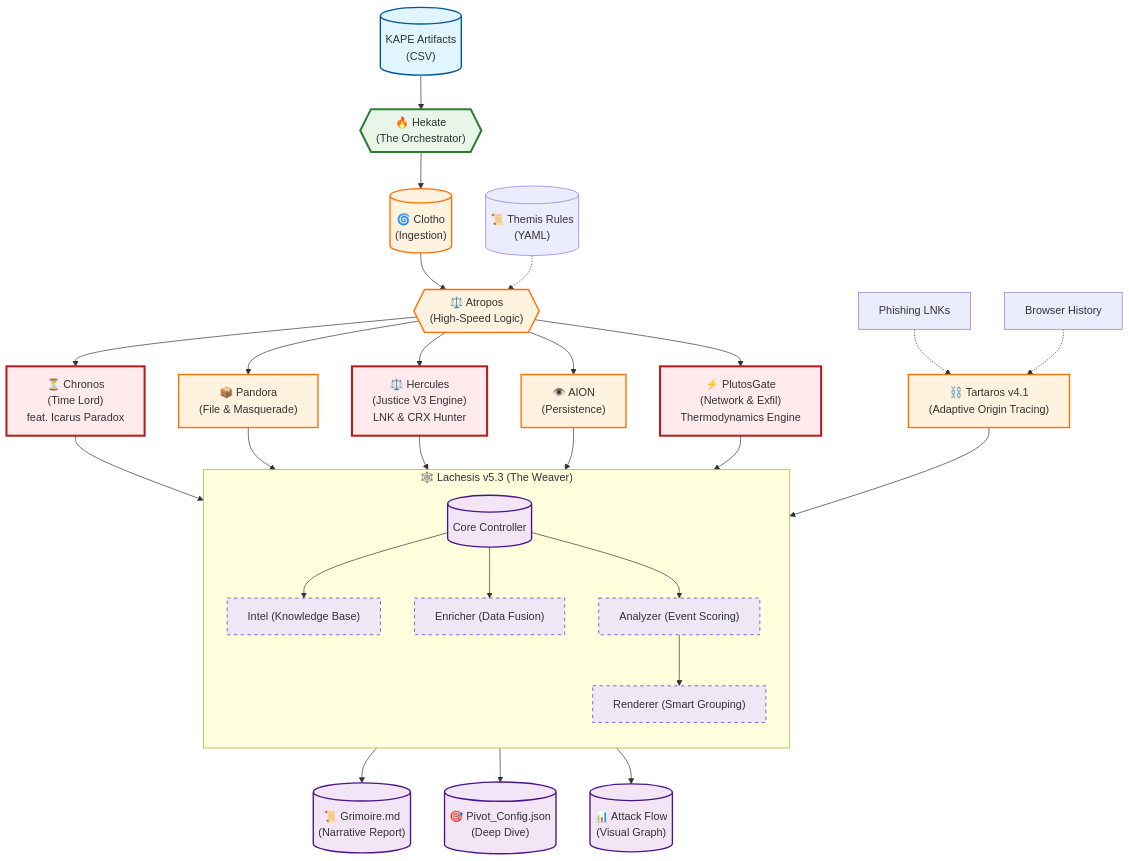
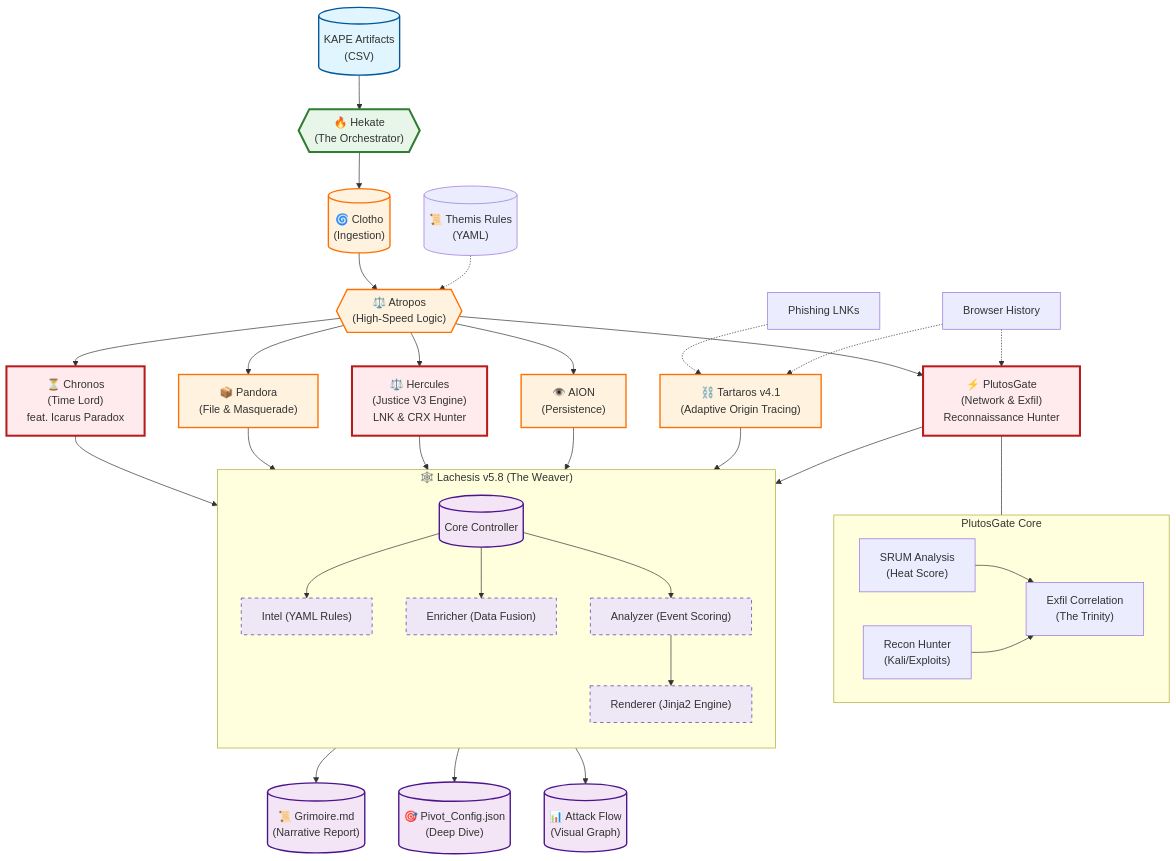
The diagram in README.md (schutzz/SkiaHelios), drawn with Mermaid before and after one commit. The commit also changed other lines of this file and 25 other files, not shown here.

````diff
--- a/README.md
+++ b/README.md
@@ -24,56 +24,70 @@
 ```mermaid
 graph TD
     %% Define Styles
     classDef input fill:#e1f5fe,stroke:#01579b,stroke-width:2px;
     classDef core fill:#e8f5e9,stroke:#2e7d32,stroke-width:3px;
     classDef engine fill:#fff3e0,stroke:#ff6f00,stroke-width:2px;
     classDef judge fill:#ffebee,stroke:#b71c1c,stroke-width:3px;
     classDef report fill:#f3e5f5,stroke:#4a148c,stroke-width:2px;
     classDef submod fill:#ede7f6,stroke:#512da8,stroke-width:1px,stroke-dasharray: 5 5;
+    classDef recon fill:#e0f2f1,stroke:#00695c,stroke-width:2px,stroke-dasharray: 2 2;
 
     %% Input Stage
     Input[("KAPE Artifacts\n(CSV)")]:::input --> Hekate{{"🔥 Hekate\n(The Orchestrator)"}}:::core
     
     %% Ingestion & Analysis
     Hekate --> Clotho[("🌀 Clotho\n(Ingestion)")]:::engine
     Clotho --> Atropos{{"⚖️ Atropos\n(High-Speed Logic)"}}:::engine
     Rules[("📜 Themis Rules\n(YAML)")] -.-> Atropos
     
     %% Specialized Modules
     Atropos --> Chronos["⏳ Chronos\n(Time Lord)\nfeat. Icarus Paradox"]:::judge
     Atropos --> Pandora["📦 Pandora\n(File & Masquerade)"]:::engine
     Atropos --> Hercules["⚖️ Hercules\n(Justice V3 Engine)\nLNK & CRX Hunter"]:::judge
     Atropos --> Aion["👁️ AION\n(Persistence)"]:::engine
-    Atropos --> Plutos["⚡ PlutosGate\n(Network & Exfil)\nThermodynamics Engine"]:::judge
+    Atropos --> Plutos["⚡ PlutosGate\n(Network & Exfil)\nReconnaissance Hunter"]:::judge
     
-    %% Origin Tracing
+    %% Recon & Origin Tracing
     LNKs["Phishing LNKs"] -.-> Tartaros["⛓️ Tartaros v4.1\n(Adaptive Origin Tracing)"]:::engine
     History["Browser History"] -.-> Tartaros
+    History -.-> Plutos
     
+    %% Plutos Sub-Flow
+    subgraph Plutos_Engine ["PlutosGate Core"]
+        direction LR
+        P_SRUM["SRUM Analysis\n(Heat Score)"]
+        P_Recon["Recon Hunter\n(Kali/Exploits)"]
+        P_Exfil["Exfil Correlation\n(The Trinity)"]
+        
+        P_SRUM --> P_Exfil
+        P_Recon --> P_Exfil
+    end
+    Plutos --- Plutos_Engine
+
     %% Reporting Stage (Modular Lachesis)
-    subgraph Lachesis_Module ["🕸️ Lachesis v5.3 (The Weaver)"]
+    subgraph Lachesis_Module ["🕸️ Lachesis v5.8 (The Weaver)"]
         direction TB
         L_Core[("Core Controller")]:::report
-        L_Intel["Intel (Knowledge Base)"]:::submod
+        L_Intel["Intel (YAML Rules)"]:::submod
         L_Enrich["Enricher (Data Fusion)"]:::submod
         L_Analyzer["Analyzer (Event Scoring)"]:::submod
-        L_Render["Renderer (Smart Grouping)"]:::submod
+        L_Render["Renderer (Jinja2 Engine)"]:::submod
         
         L_Core --> L_Intel
         L_Core --> L_Enrich
         L_Core --> L_Analyzer
         L_Analyzer --> L_Render
     end
 
     Chronos --> L_Core
     Pandora --> L_Core
     Hercules --> L_Core
     Aion --> L_Core
     Tartaros --> L_Core
     Plutos --> L_Core
     
     %% Output
     L_Render --> Report[("📜 Grimoire.md\n(Narrative Report)")]:::report
     L_Render --> Pivot[("🎯 Pivot_Config.json\n(Deep Dive)")]:::report
     L_Render --> Mermaid[("📊 Attack Flow\n(Visual Graph)")]:::report
 ```
````
